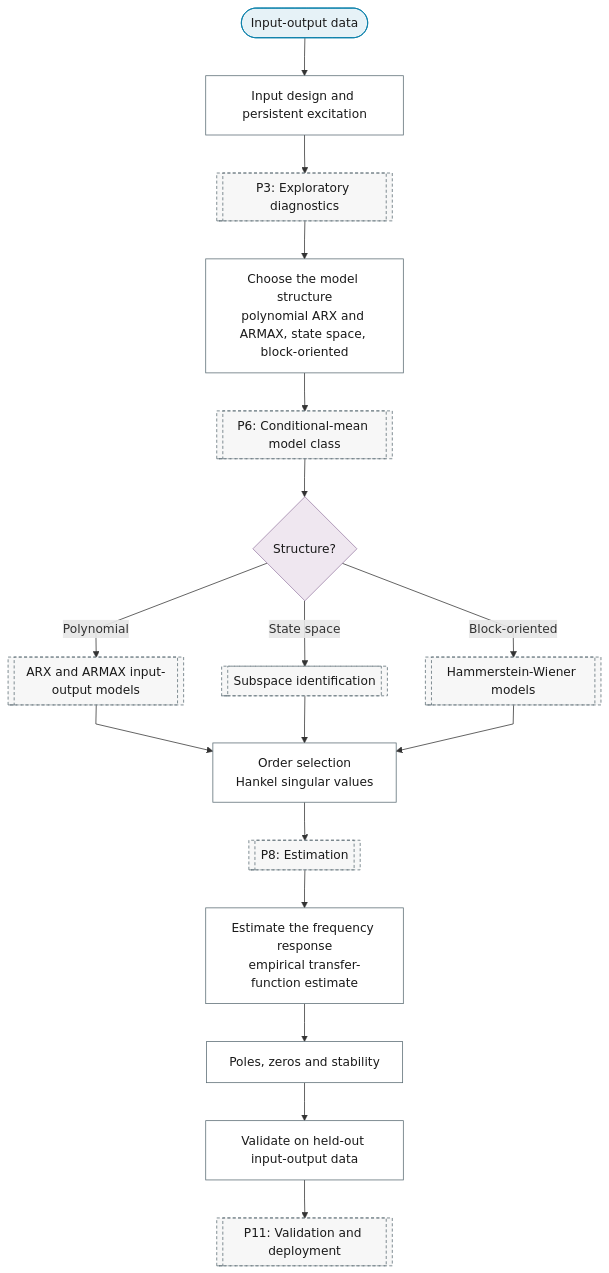
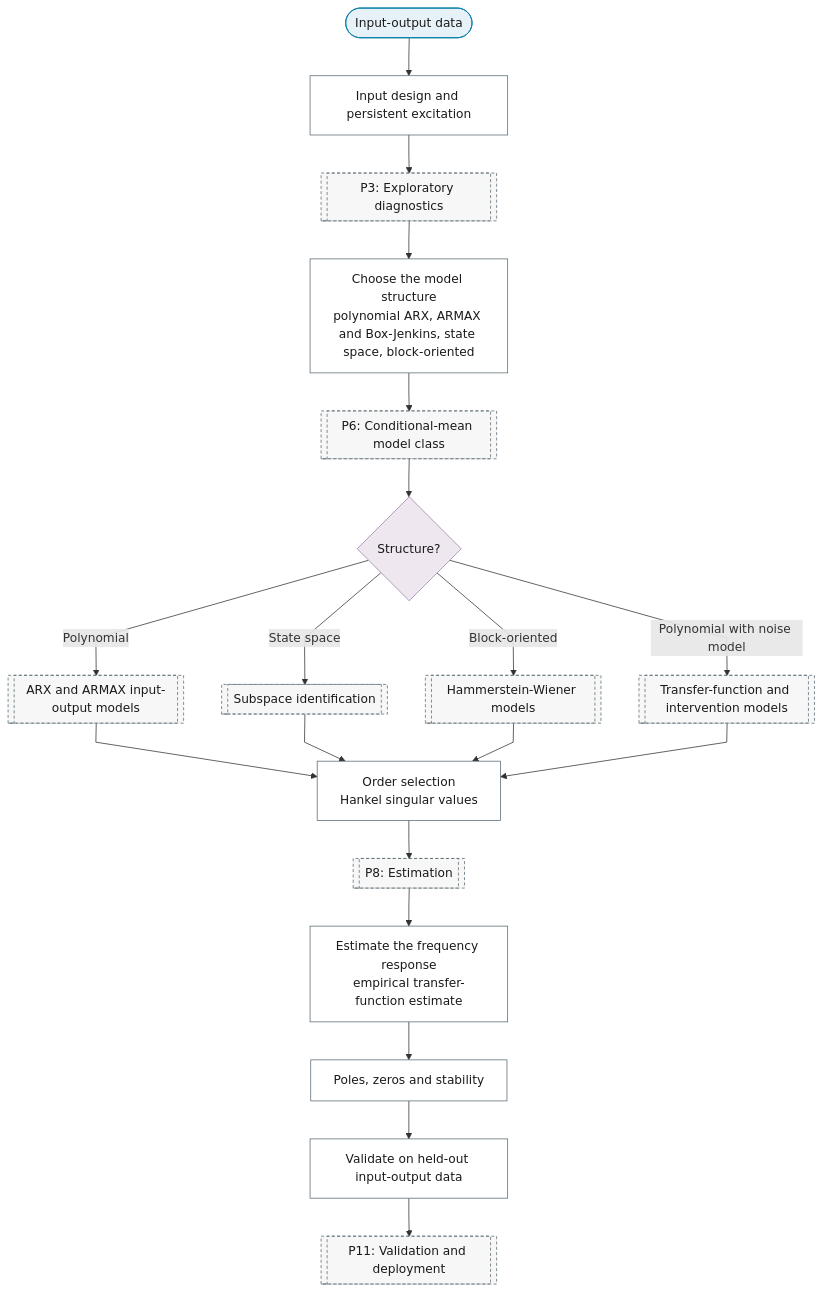
The diagram in docs/01-workflow/p02-purpose/09-system-identification.md (Shuxin-Y/time-series-analysis-manual), drawn with Mermaid before and after one commit. The commit also changed 6 other files, not shown here.

First line of the commit message:
fix(flowchart): each pooling, filter and transfer-function choice has one place (rev2 N1, N2, N3, N4)

````diff
--- a/docs/01-workflow/p02-purpose/09-system-identification.md
+++ b/docs/01-workflow/p02-purpose/09-system-identification.md
@@ -7,30 +7,31 @@
 ```mermaid
 %%{init: {"flowchart": {"curve": "linear"}}}%%
 graph TD
     P2_SI_IN(["Input-output data"]) --> P2_SI_EXPERIMENT_DESIGN["Input design and persistent excitation"]
     P2_SI_EXPERIMENT_DESIGN --> P3[["P3: Exploratory diagnostics"]]
-    P3 --> P2_SI_MODEL_STRUCTURE["Choose the model structure<br/>polynomial ARX and ARMAX, state space, block-oriented"]
+    P3 --> P2_SI_MODEL_STRUCTURE["Choose the model structure<br/>polynomial ARX, ARMAX and Box-Jenkins, state space, block-oriented"]
     P2_SI_MODEL_STRUCTURE --> P6[["P6: Conditional-mean model class"]]
     P6 --> P2_SI_STRUCTURE_Q{"Structure?"}
     P2_SI_STRUCTURE_Q -->|"Polynomial"| P6_ARX_ARMAX[["ARX and ARMAX input-output models"]]
     P2_SI_STRUCTURE_Q -->|"State space"| P6_SUBSPACE[["Subspace identification"]]
     P2_SI_STRUCTURE_Q -->|"Block-oriented"| P6_HAMMERSTEIN_WIENER[["Hammerstein-Wiener models"]]
-    P6_ARX_ARMAX & P6_SUBSPACE & P6_HAMMERSTEIN_WIENER --> P2_SI_ORDER_SELECTION["Order selection<br/>Hankel singular values"]
+    P2_SI_STRUCTURE_Q -->|"Polynomial with noise model"| P6_TRANSFER_FUNCTION[["Transfer-function and intervention models"]]
+    P6_ARX_ARMAX & P6_SUBSPACE & P6_HAMMERSTEIN_WIENER & P6_TRANSFER_FUNCTION --> P2_SI_ORDER_SELECTION["Order selection<br/>Hankel singular values"]
     P2_SI_ORDER_SELECTION --> P8[["P8: Estimation"]]
     P8 --> P2_SI_TRANSFER_FUNCTION["Estimate the frequency response<br/>empirical transfer-function estimate"]
     P2_SI_TRANSFER_FUNCTION --> P2_SI_STABILITY["Poles, zeros and stability"]
     P2_SI_STABILITY --> P2_SI_VALIDATION["Validate on held-out input-output data"]
     P2_SI_VALIDATION --> P11[["P11: Validation and deployment"]]
     class P2_SI_IN terminator
     class P2_SI_STRUCTURE_Q decision
     class P2_SI_EXPERIMENT_DESIGN,P2_SI_MODEL_STRUCTURE,P2_SI_ORDER_SELECTION,P2_SI_TRANSFER_FUNCTION,P2_SI_STABILITY,P2_SI_VALIDATION process
-    class P3,P6,P6_ARX_ARMAX,P6_SUBSPACE,P6_HAMMERSTEIN_WIENER,P8,P11 ref
+    class P3,P6,P6_ARX_ARMAX,P6_SUBSPACE,P6_HAMMERSTEIN_WIENER,P6_TRANSFER_FUNCTION,P8,P11 ref
     classDef terminator fill:#E6F2F7,stroke:#007BA7,color:#1A1A1A;
     classDef process fill:#FFFFFF,stroke:#5A6B73,color:#1A1A1A;
     classDef decision fill:#EFE7F0,stroke:#9B7FA7,color:#1A1A1A;
     classDef data fill:#FFF4E0,stroke:#C9A55E,color:#1A1A1A;
     classDef good fill:#DCEFD8,stroke:#4A7A3F,color:#1A1A1A;
     classDef escalate fill:#FFE9C2,stroke:#C9A55E,color:#1A1A1A;
     classDef problem fill:#F2D9DE,stroke:#800020,color:#1A1A1A;
     classDef ref fill:#F7F7F7,stroke:#5A6B73,color:#1A1A1A,stroke-dasharray:4 3;
 ```
````
